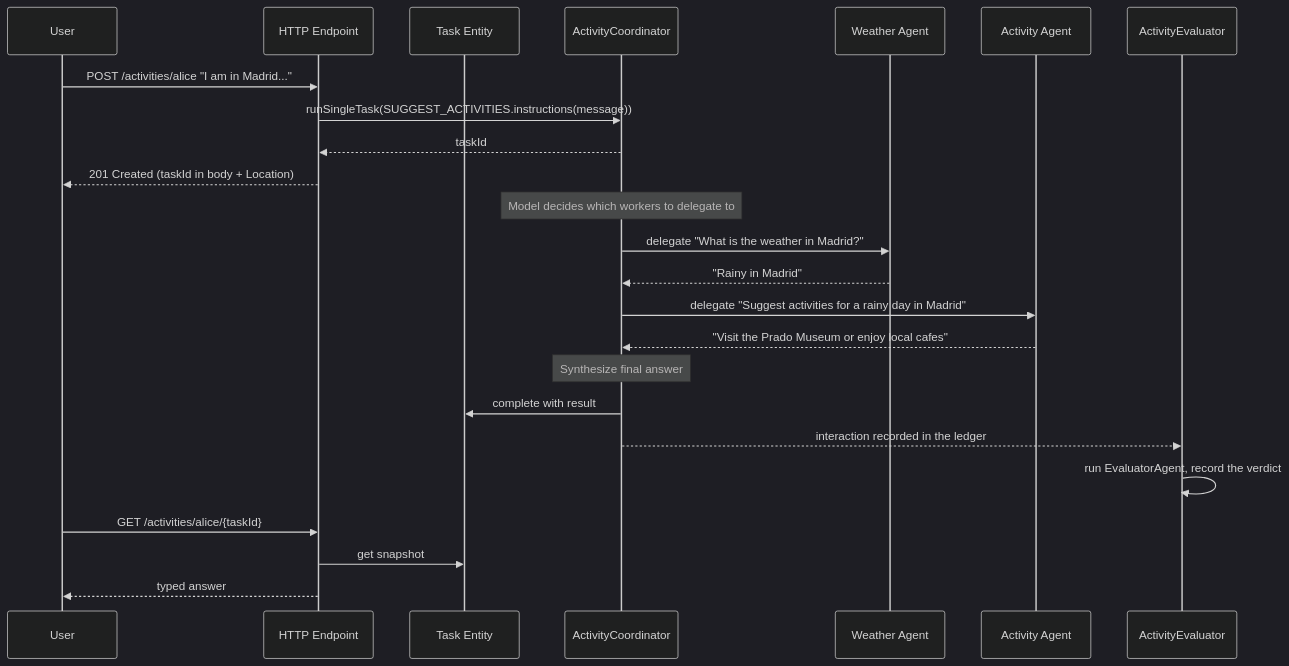
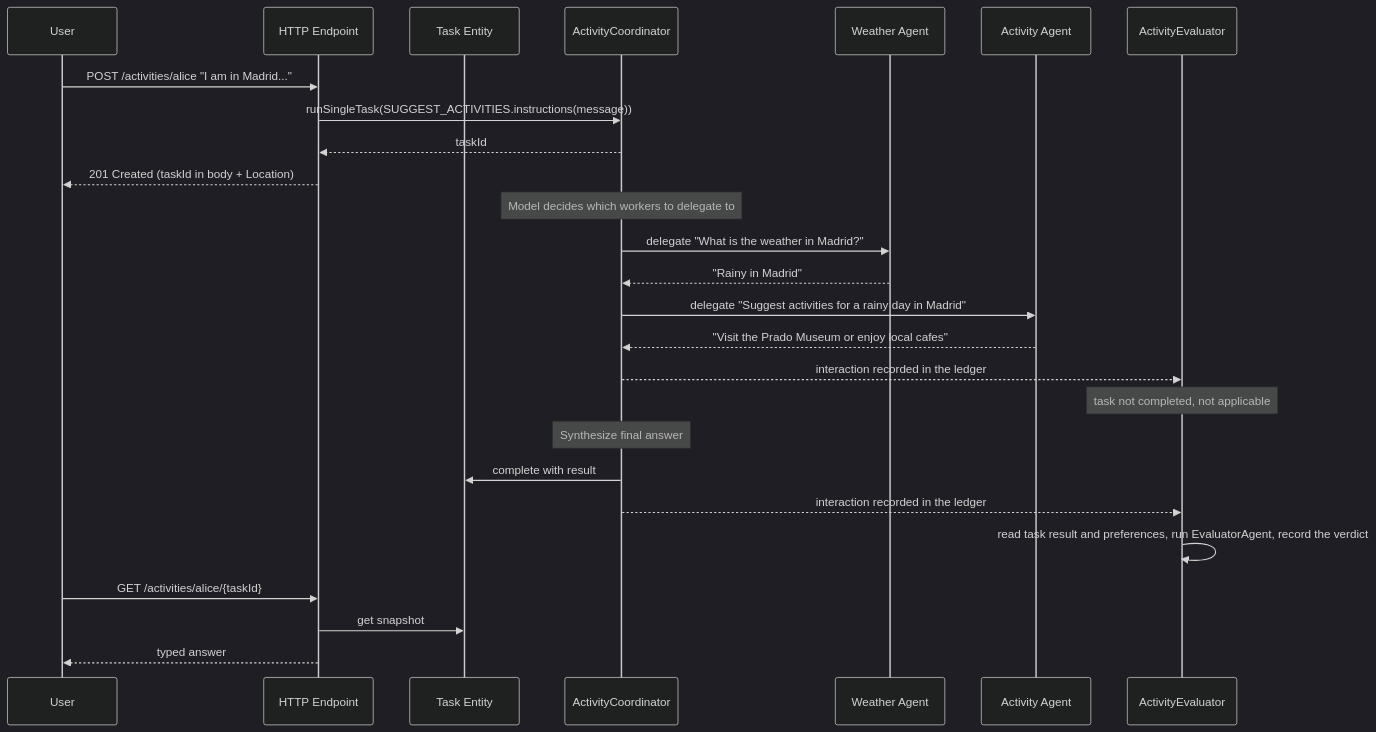
Before and after one commit to akka/akka-sdk: the diagram in samples/multi-agent/README.md, drawn with Mermaid (dark theme). The commit also changed other lines of this file and 6 other files, not shown here.

Commit message:
fix: judge the multi-agent answer against the user's preferences

````diff
--- a/samples/multi-agent/README.md
+++ b/samples/multi-agent/README.md
@@ -32,33 +32,36 @@
 ```mermaid
 sequenceDiagram
     participant User
     participant HTTPEndpoint as HTTP Endpoint
     participant Task as Task Entity
     participant Coordinator as ActivityCoordinator
     participant WeatherAgent as Weather Agent
     participant ActivityAgent as Activity Agent
     participant Evaluator as ActivityEvaluator
 
     User->>HTTPEndpoint: POST /activities/alice "I am in Madrid..."
     HTTPEndpoint->>Coordinator: runSingleTask(SUGGEST_ACTIVITIES.instructions(message))
     Coordinator-->>HTTPEndpoint: taskId
     HTTPEndpoint-->>User: 201 Created (taskId in body + Location)
 
     Note over Coordinator: Model decides which workers to delegate to
 
     Coordinator->>WeatherAgent: delegate "What is the weather in Madrid?"
     WeatherAgent-->>Coordinator: "Rainy in Madrid"
 
     Coordinator->>ActivityAgent: delegate "Suggest activities for a rainy day in Madrid"
     ActivityAgent-->>Coordinator: "Visit the Prado Museum or enjoy local cafes"
 
+    Coordinator-->>Evaluator: interaction recorded in the ledger
+    Note over Evaluator: task not completed, not applicable
+
     Note over Coordinator: Synthesize final answer
     Coordinator->>Task: complete with result
 
     Coordinator-->>Evaluator: interaction recorded in the ledger
-    Evaluator->>Evaluator: run EvaluatorAgent, record the verdict
+    Evaluator->>Evaluator: read task result and preferences, run EvaluatorAgent, record the verdict
 
     User->>HTTPEndpoint: GET /activities/alice/{taskId}
     HTTPEndpoint->>Task: get snapshot
     HTTPEndpoint-->>User: typed answer
 ```
````
